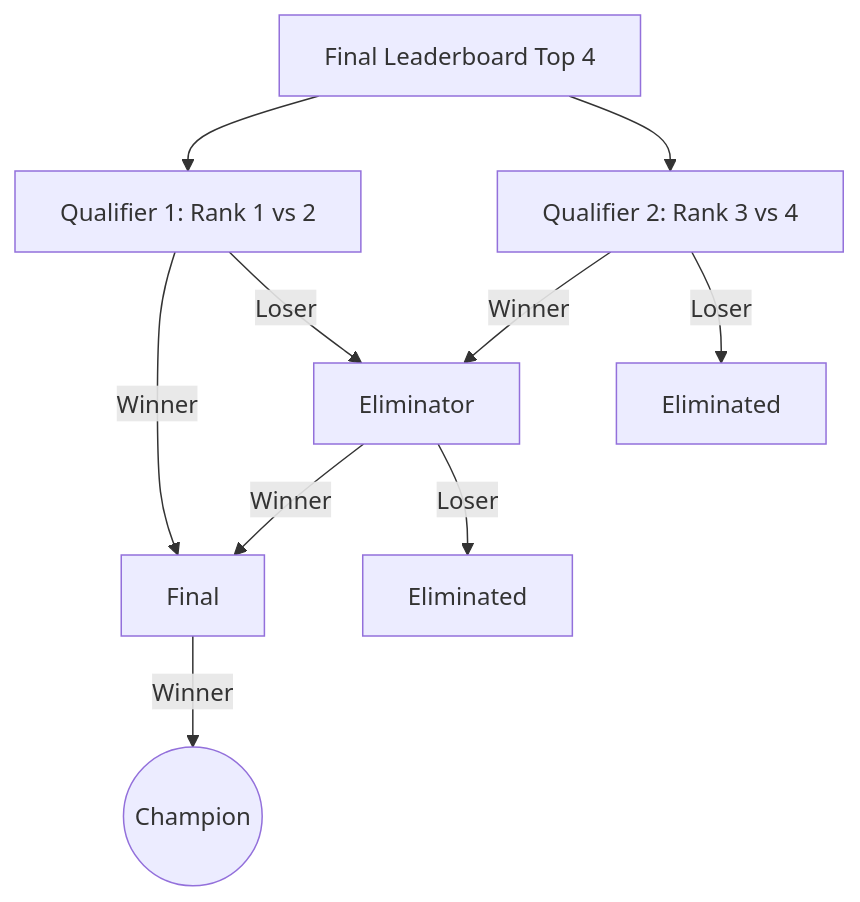
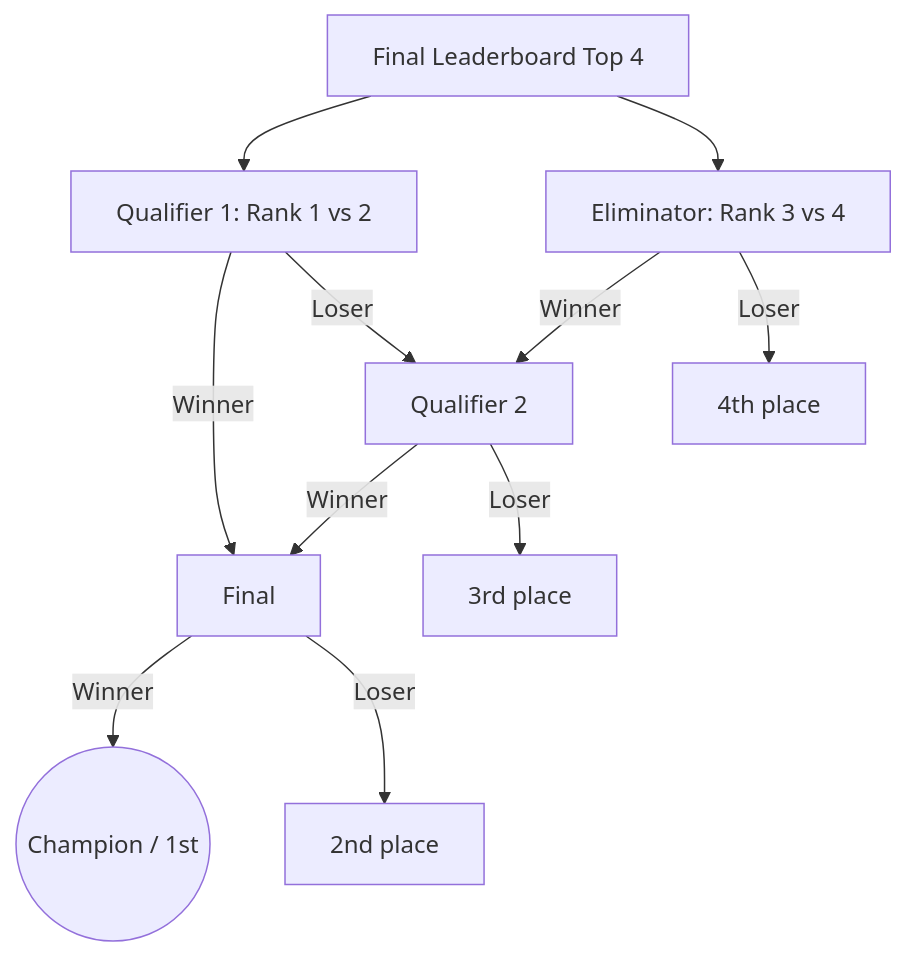
The fourth of 9 diagrams in docs/architecture.md (Sashwat07/dartpulse), drawn with Mermaid before and after one commit. The commit also changed other lines of this file and 50 other files, not shown here.

````diff
--- a/docs/architecture.md
+++ b/docs/architecture.md
@@ -262,16 +258,17 @@
 ```mermaid
 flowchart TD
     Start[Final Leaderboard Top 4] --> Q1[Qualifier 1: Rank 1 vs 2]
-    Start --> Q2[Qualifier 2: Rank 3 vs 4]
+    Start --> Elim[Eliminator: Rank 3 vs 4]
     
     Q1 -- Winner --> Final[Final]
-    Q1 -- Loser --> Elim[Eliminator]
+    Q1 -- Loser --> Q2[Qualifier 2]
     
-    Q2 -- Winner --> Elim
-    Q2 -- Loser --> Out1[Eliminated]
+    Elim -- Winner --> Q2
+    Elim -- Loser --> Out4[4th place]
     
-    Elim -- Winner --> Final
-    Elim -- Loser --> Out2[Eliminated]
+    Q2 -- Winner --> Final
+    Q2 -- Loser --> Out3[3rd place]
     
-    Final -- Winner --> Champ((Champion))
+    Final -- Winner --> Champ((Champion / 1st))
+    Final -- Loser --> Out2[2nd place]
 ```
````
